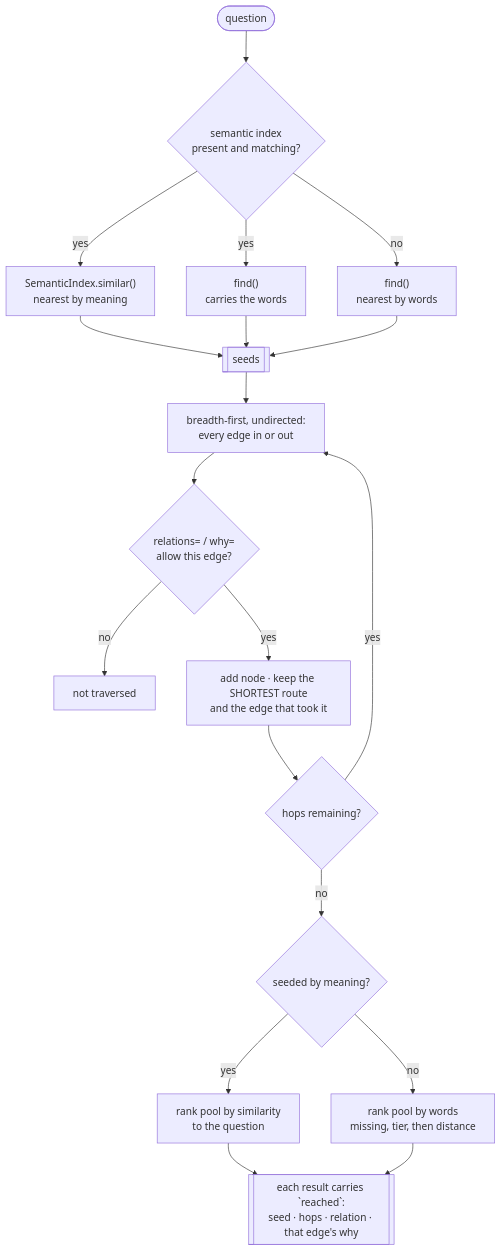
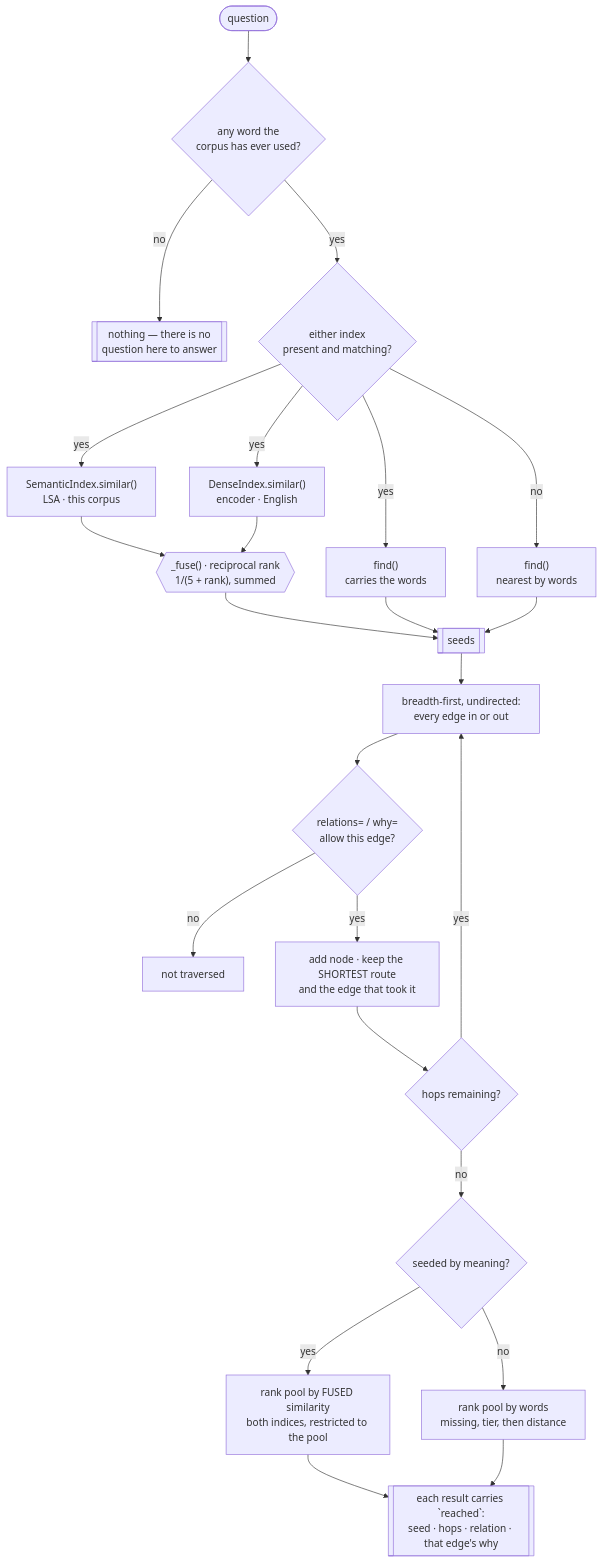
The sixth of 9 diagrams in docs/architecture/README.md (MangroveTechnologies/MangroveKnowledgeBase), drawn with Mermaid before and after one commit. The commit also changed other lines of this file and 16 other files, not shown here.

````diff
--- a/docs/architecture/README.md
+++ b/docs/architecture/README.md
@@ -194,25 +200,30 @@
 ```mermaid
 flowchart TB
-  q([question]) --> sem{"semantic index<br/>present and matching?"}
-  sem -->|yes| seeds1["SemanticIndex.similar()<br/>nearest by meaning"]
+  q([question]) --> voc{"any word the<br/>corpus has ever used?"}
+  voc -->|no| none[["nothing — there is no<br/>question here to answer"]]
+  voc -->|yes| sem{"either index<br/>present and matching?"}
+  sem -->|yes| seeds1["SemanticIndex.similar()<br/>LSA · this corpus"]
+  sem -->|yes| seeds4["DenseIndex.similar()<br/>encoder · English"]
   sem -->|yes| seeds3["find()<br/>carries the words"]
   sem -->|no| seeds2["find()<br/>nearest by words"]
-  seeds1 --> frontier
+  seeds1 --> rrf
+  seeds4 --> rrf
+  rrf{{"_fuse() · reciprocal rank<br/>1/(5 + rank), summed"}} --> frontier
   seeds3 --> frontier
   seeds2 --> frontier
 
   frontier[["seeds"]] --> bfs["breadth-first, undirected:<br/>every edge in or out"]
   bfs --> filt{"relations= / why=<br/>allow this edge?"}
   filt -->|no| skipped[not traversed]
   filt -->|yes| add[add node · keep the SHORTEST route<br/>and the edge that took it]
   add --> more{"hops remaining?"}
   more -->|yes| bfs
   more -->|no| rerank
 
   rerank{"seeded by meaning?"}
-  rerank -->|yes| rs["rank pool by similarity<br/>to the question"]
+  rerank -->|yes| rs["rank pool by FUSED similarity<br/>both indices, restricted to the pool"]
   rerank -->|no| rl["rank pool by words<br/>missing, tier, then distance"]
   rs --> out
   rl --> out
   out[["each result carries `reached`:<br/>seed · hops · relation · that edge's why"]]
 ```
````
